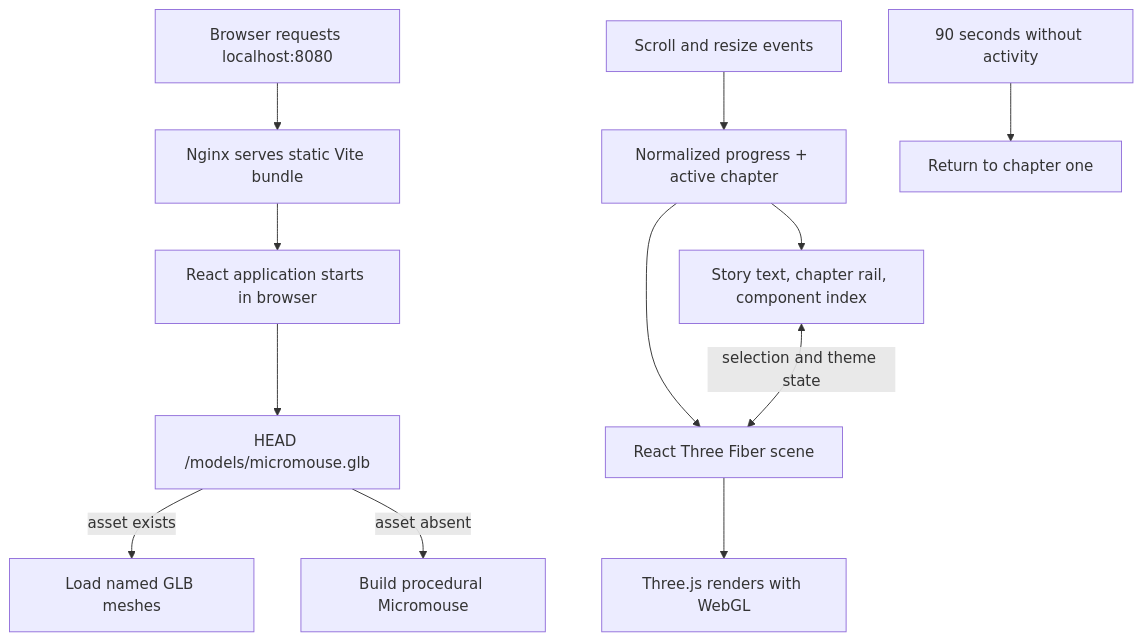
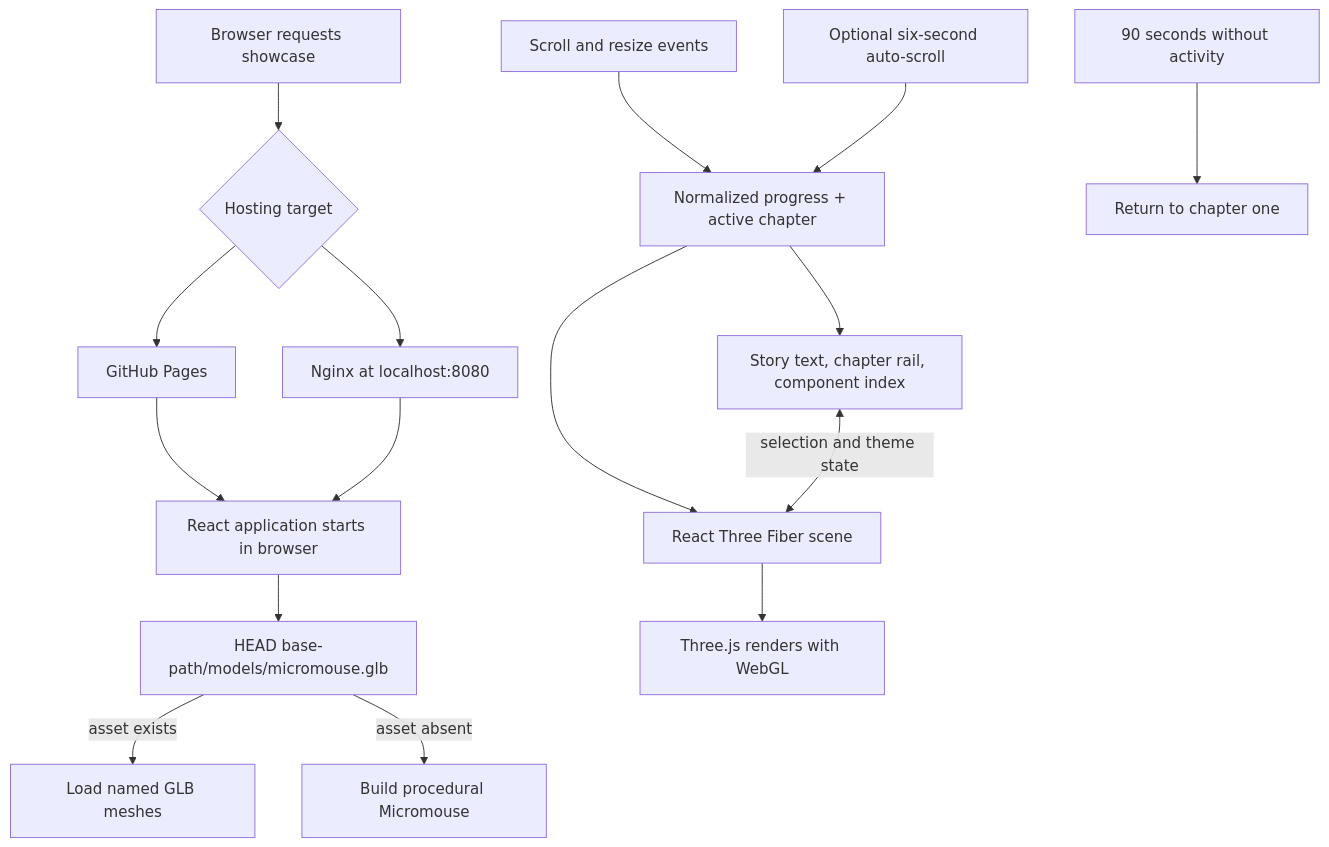
Before and after one commit to RandomRunt/UNSWMicromouseDemo: the fourth of 4 diagrams in README.md, drawn with Mermaid. The commit also changed other lines of this file and 28 other files, not shown here.

````diff
--- a/README.md
+++ b/README.md
@@ -249,14 +258,18 @@
 ```mermaid
 flowchart TD
-    Request[Browser requests localhost:8080] --> Nginx[Nginx serves static Vite bundle]
-    Nginx --> React[React application starts in browser]
-    React --> Check[HEAD /models/micromouse.glb]
+    Request[Browser requests showcase] --> Host{Hosting target}
+    Host --> Pages[GitHub Pages]
+    Host --> Nginx[Nginx at localhost:8080]
+    Pages --> React[React application starts in browser]
+    Nginx --> React
+    React --> Check[HEAD base-path/models/micromouse.glb]
     Check -->|asset exists| GLB[Load named GLB meshes]
     Check -->|asset absent| Procedural[Build procedural Micromouse]
     Scroll[Scroll and resize events] --> Progress[Normalized progress + active chapter]
+    Auto[Optional six-second auto-scroll] --> Progress
     Progress --> DOM[Story text, chapter rail, component index]
     Progress --> R3F[React Three Fiber scene]
     DOM <-->|selection and theme state| R3F
     R3F --> WebGL[Three.js renders with WebGL]
     Idle[90 seconds without activity] --> Reset[Return to chapter one]
 ```
````
